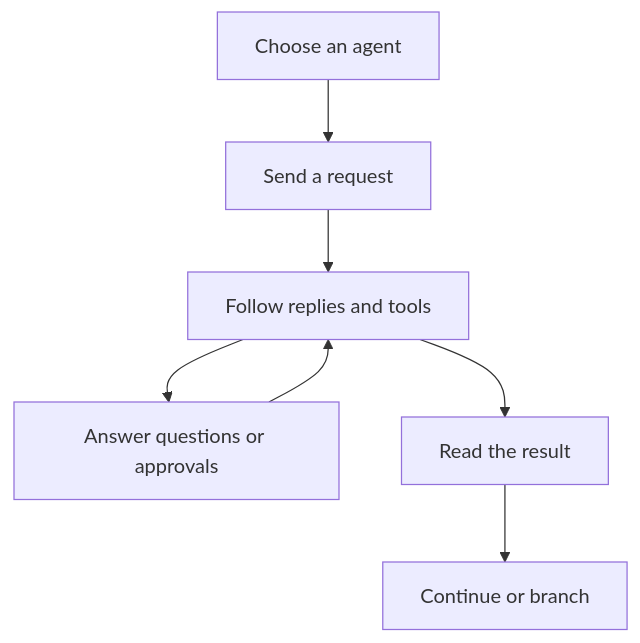
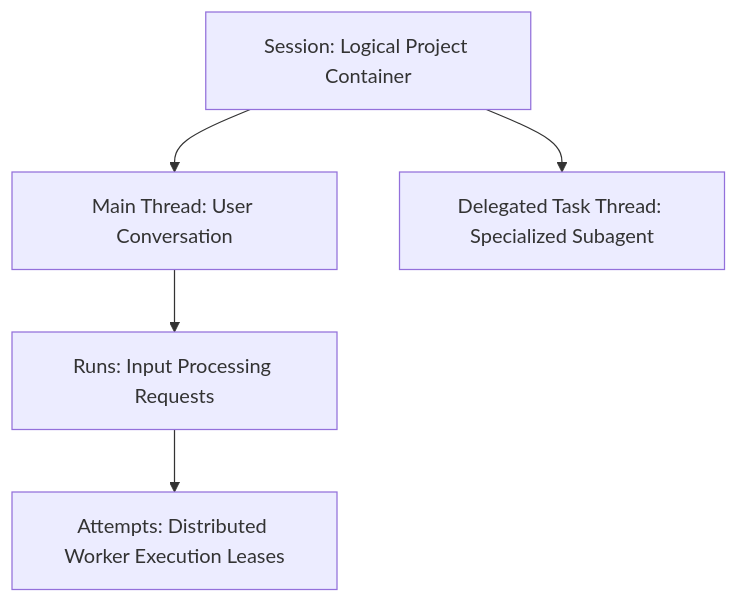
One commit to converge-ai-labs/agent-foundation changed the diagram in docs/a13n-service/index.md. Above: the diagram before and after it, drawn with Mermaid. The commit also changed other lines of this file and 39 other files, not shown here.

````diff
--- a/docs/a13n-service/index.md
+++ b/docs/a13n-service/index.md
@@ -40,13 +41,10 @@
 ```mermaid
 flowchart TB
-    Agent["Choose an agent"] --> Input["Send a request"]
-    Input --> Work["Follow replies and tools"]
-    Work --> Decision["Answer questions or approvals"]
-    Decision --> Work
-    Work --> Result["Read the result"]
-    Result --> Continue["Continue or branch"]
+    Session["Session: Logical Project Container"] --> Main["Main Thread: User Conversation"]
+    Session --> Task["Delegated Task Thread: Specialized Subagent"]
+    Main --> Runs["Runs: Input Processing Requests"]
+    Runs --> Attempts["Attempts: Distributed Worker Execution Leases"]
 
-    class Agent,Work a13n
-    class Input,Decision,Continue app
-    class Result success
+    class Session,Main,Task store
+    class Runs,Attempts a13n
 ```
````
